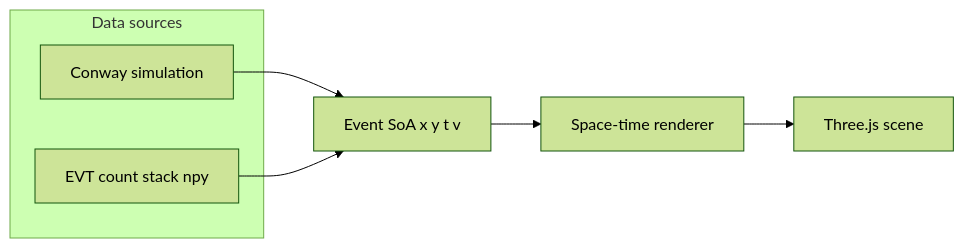
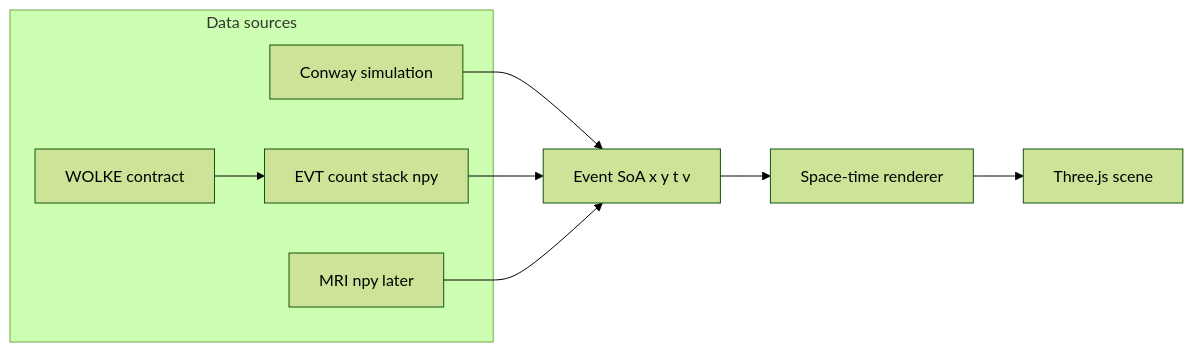
Before and after one commit to PiMaV/DONNER: the second of 23 diagrams in architecture.md, drawn with Mermaid (forest theme). The commit also changed other lines of this file and 29 other files, not shown here.

First line of the commit message:
Add WOLKE count Stream and a rail-mounted CAD viewcube so sidecar cubes and axis snaps share one desktop viewer.

````diff
--- a/architecture.md
+++ b/architecture.md
@@ -24,11 +24,15 @@
 ```mermaid
 flowchart LR
   subgraph sources [Data sources]
     conway[Conway simulation]
     count[EVT count stack npy]
+    stream[WOLKE contract]
+    mri[MRI npy later]
   end
   conway --> soa[Event SoA x y t v]
   count --> soa
+  stream --> count
+  mri --> soa
   soa --> rend[Space-time renderer]
   rend --> view[Three.js scene]
 ```
````
